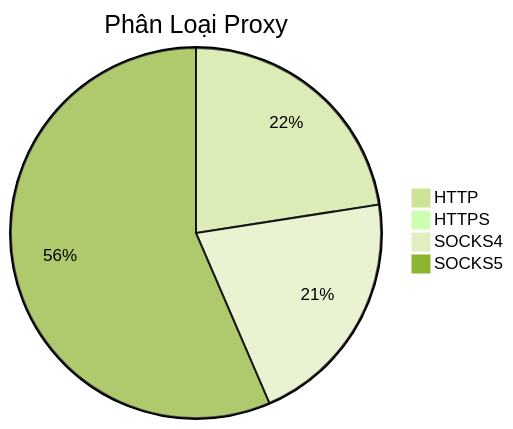
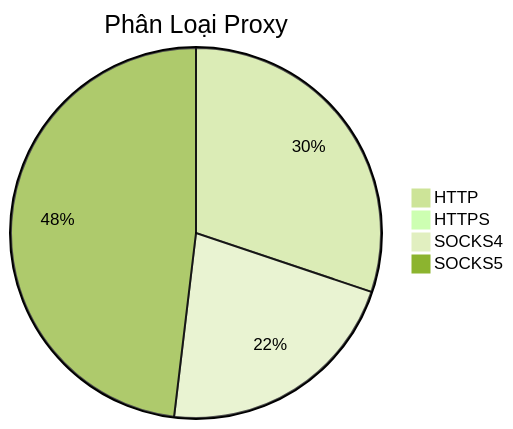
One commit to Ciara-Aa/PROXY-free changed the diagram in README.md. Above: the diagram before and after it, drawn with Mermaid (forest theme). The commit also changed other lines of this file and 4 other files, not shown here.

````diff
--- a/README.md
+++ b/README.md
@@ -26,7 +26,7 @@
 ```mermaid
 pie title Phân Loại Proxy
-    "HTTP" : 273
-    "HTTPS" : 4
-    "SOCKS4" : 254
-    "SOCKS5" : 684
+    "HTTP" : 351
+    "HTTPS" : 6
+    "SOCKS4" : 253
+    "SOCKS5" : 560
 ```
````
